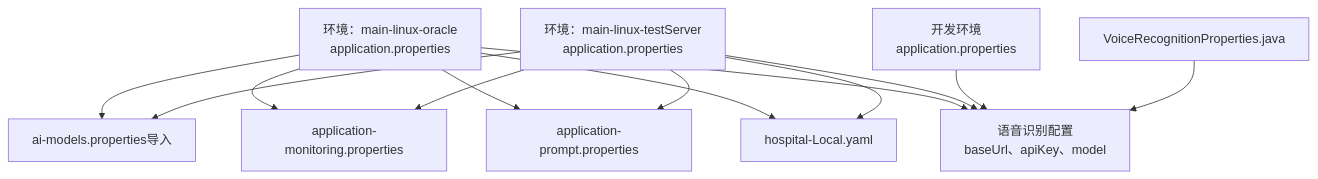
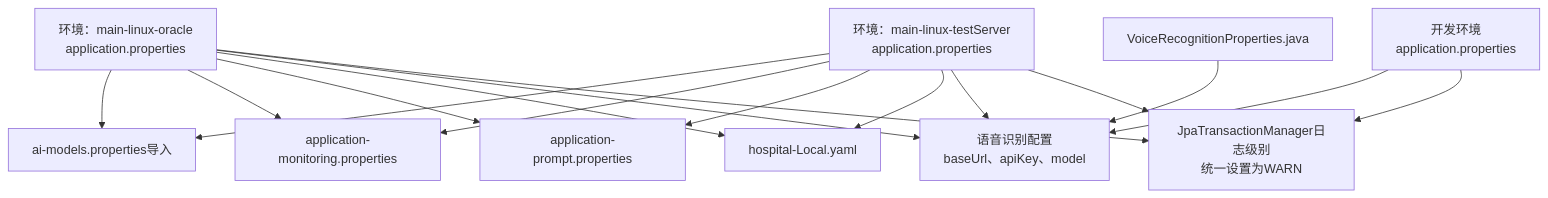
The second of 3 diagrams in .qoder/repowiki/zh/content/配置管理/配置管理.md (liuzh2008/med_ai_assistant_workspace), drawn with Mermaid before and after one commit. The commit also changed other lines of this file and 4 other files, not shown here.

````diff
--- a/.qoder/repowiki/zh/content/配置管理/配置管理.md
+++ b/.qoder/repowiki/zh/content/配置管理/配置管理.md
@@ -142,24 +147,28 @@
 ```mermaid
 graph TB
 ENV_ORA["环境：main-linux-oracle<br/>application.properties"]
 ENV_TEST["环境：main-linux-testServer<br/>application.properties"]
 DEV_ENV["开发环境<br/>application.properties"]
 AI_ORA["ai-models.properties导入"]
 MONITOR["application-monitoring.properties"]
 PROMPT["application-prompt.properties"]
 HOSP["hospital-Local.yaml"]
 VOICE_CLASS["VoiceRecognitionProperties.java"]
 VOICE_CONFIG["语音识别配置<br/>baseUrl、apiKey、model"]
+TXN_LEVEL["JpaTransactionManager日志级别<br/>统一设置为WARN"]
 ENV_ORA --> AI_ORA
 ENV_TEST --> AI_ORA
 ENV_ORA --> MONITOR
 ENV_TEST --> MONITOR
 ENV_ORA --> PROMPT
 ENV_TEST --> PROMPT
 ENV_ORA --> HOSP
 ENV_TEST --> HOSP
 ENV_ORA --> VOICE_CONFIG
 ENV_TEST --> VOICE_CONFIG
 DEV_ENV --> VOICE_CONFIG
 VOICE_CLASS --> VOICE_CONFIG
+ENV_ORA --> TXN_LEVEL
+ENV_TEST --> TXN_LEVEL
+DEV_ENV --> TXN_LEVEL
 ```
````
